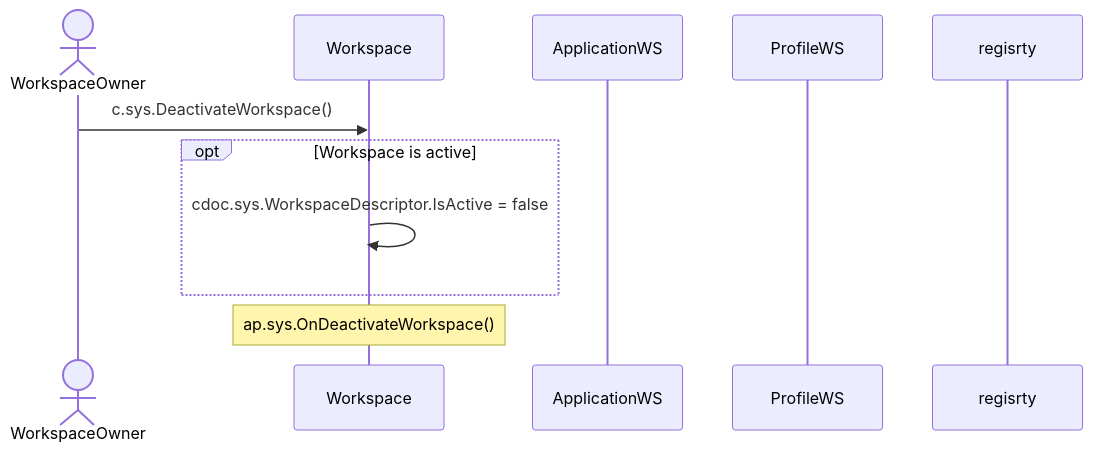
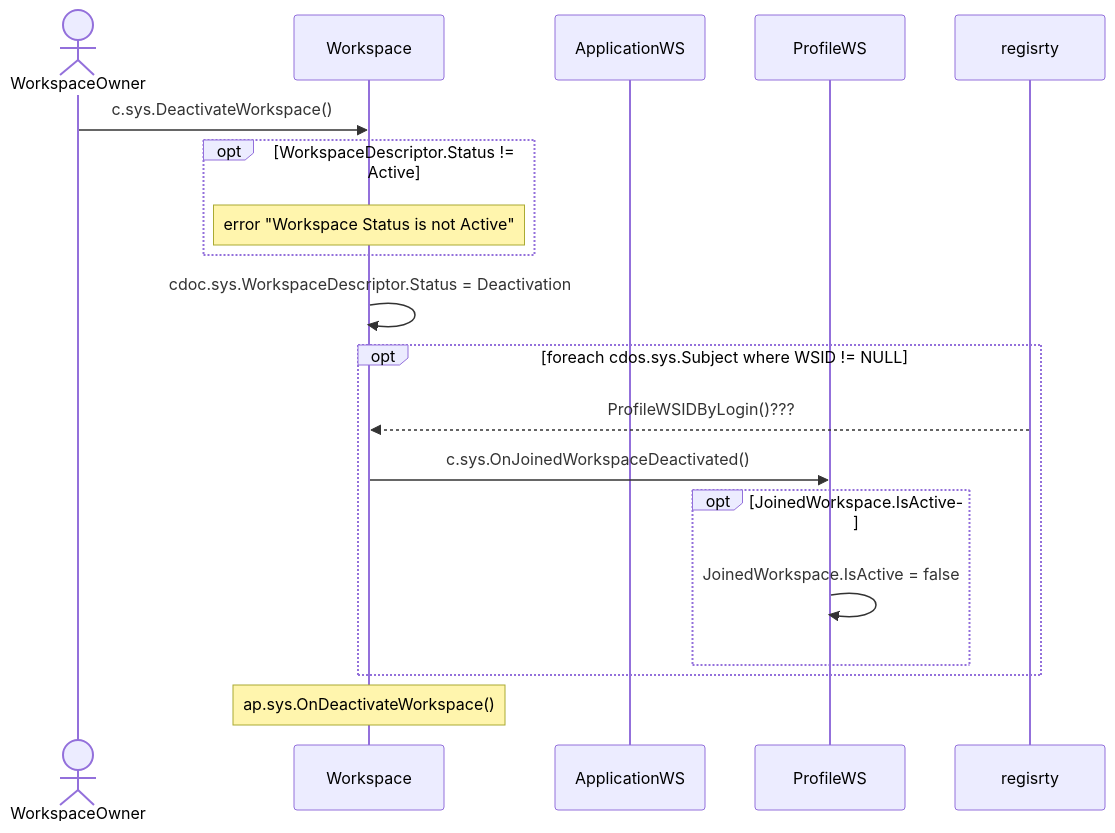
The first of 2 diagrams in design/workspaces/deactivate-workspace.md (voedger/voedger), drawn with Mermaid before and after one commit. The commit also changed other lines of this file, not shown here.

````diff
--- a/design/workspaces/deactivate-workspace.md
+++ b/design/workspaces/deactivate-workspace.md
@@ -21,17 +25,27 @@
 ```mermaid
     sequenceDiagram
     
     actor owner as WorkspaceOwner
     participant ws as Workspace
     participant appws as ApplicationWS
     participant profile as ProfileWS
     participant registry as regisrty
 
     owner ->> ws: c.sys.DeactivateWorkspace()
-    opt Workspace is active
-        ws ->> ws: cdoc.sys.WorkspaceDescriptor.IsActive = false
+    opt WorkspaceDescriptor.Status != Active
+        note over ws: error "Workspace Status is not Active"
+    end
+
+    ws ->> ws: cdoc.sys.WorkspaceDescriptor.Status = Deactivation
+
+    opt foreach cdos.sys.Subject where WSID != NULL  
+      registry -->> ws : ProfileWSIDByLogin()???
+      ws ->> profile: c.sys.OnJoinedWorkspaceDeactivated()
+      opt JoinedWorkspace.IsActive
+        profile ->> profile: JoinedWorkspace.IsActive = false
+      end
     end
 
   note over ws: ap.sys.OnDeactivateWorkspace()
 
 ```
````
